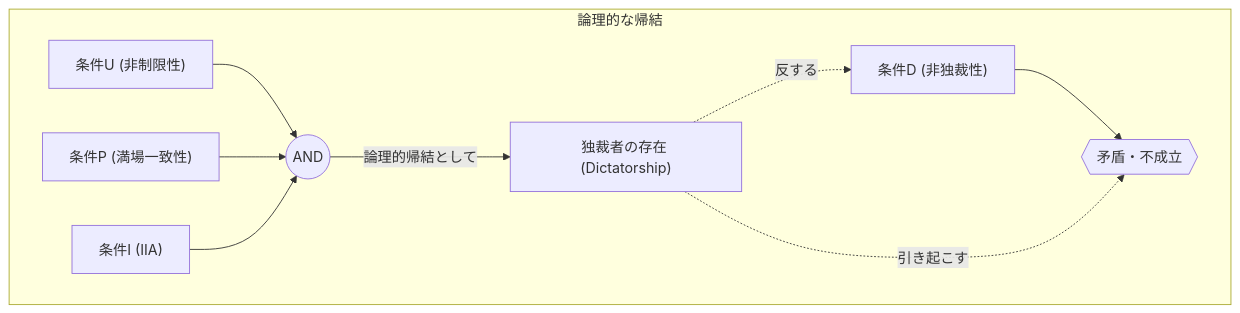
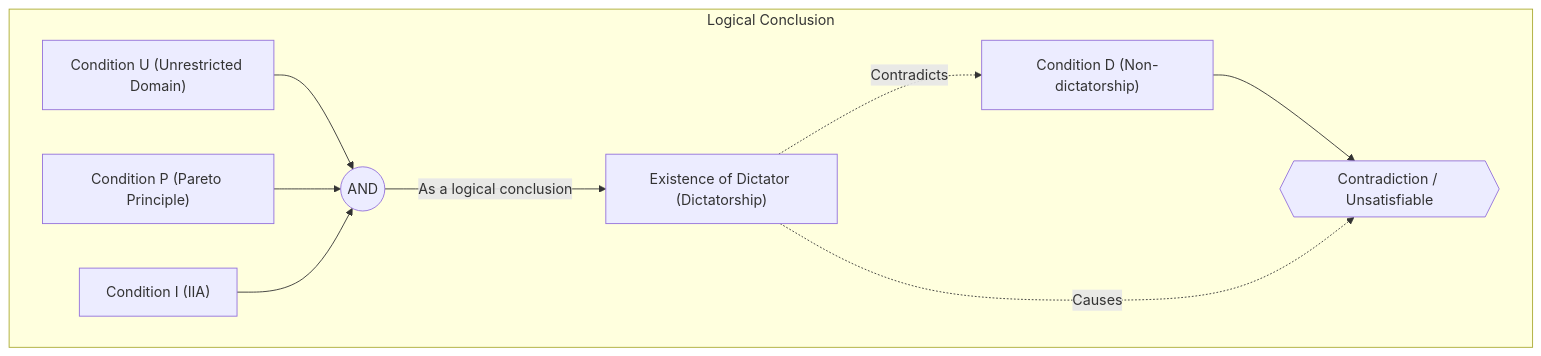
The third of 3 diagrams in content/post/arrows-impossibility-theorem/index.en.md (kenjinote/blog), drawn with Mermaid before and after one commit. The commit also changed other lines of this file and 28 other files, not shown here.

Commit message:
Translate Japanese text inside Mermaid diagrams to respective languages

````diff
--- a/content/post/arrows-impossibility-theorem/index.en.md
+++ b/content/post/arrows-impossibility-theorem/index.en.md
@@ -166,14 +166,14 @@
 ```mermaid
 graph TD
-    subgraph "論理的な帰結"
-        A_U["条件U (非制限性)"] --> AND1((AND))
-        A_P["条件P (満場一致性)"] --> AND1
-        A_I["条件I (IIA)"] --> AND1
+    subgraph "Logical Conclusion"
+        A_U["Condition U (Unrestricted Domain)"] --> AND1((AND))
+        A_P["Condition P (Pareto Principle)"] --> AND1
+        A_I["Condition I (IIA)"] --> AND1
         
-        AND1 -->|"論理的帰結として"| D_TRUE["独裁者の存在 (Dictatorship)"]
-        D_FALSE["条件D (非独裁性)"] --> CONFLICT{{"矛盾・不成立"}}
+        AND1 -->|"As a logical conclusion"| D_TRUE["Existence of Dictator (Dictatorship)"]
+        D_FALSE["Condition D (Non-dictatorship)"] --> CONFLICT{{"Contradiction / Unsatisfiable"}}
         
-        D_TRUE -.->|"反する"| D_FALSE
-        D_TRUE -.->|"引き起こす"| CONFLICT
+        D_TRUE -.->|"Contradicts"| D_FALSE
+        D_TRUE -.->|"Causes"| CONFLICT
     end
 ```
````
